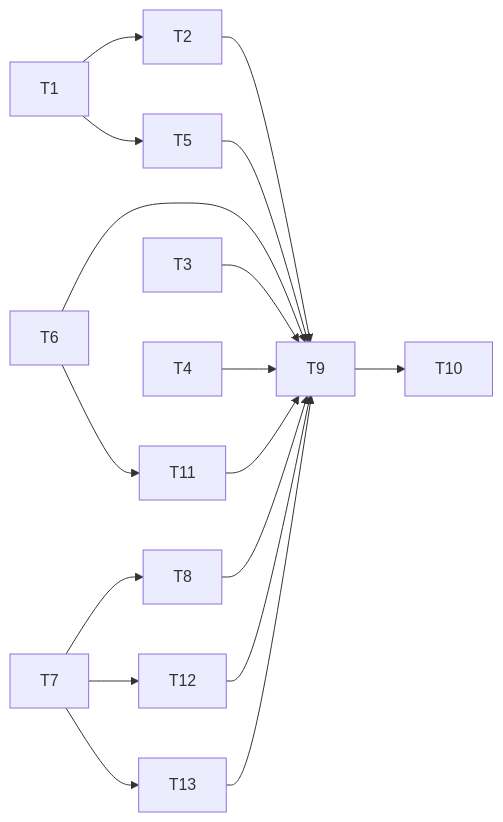
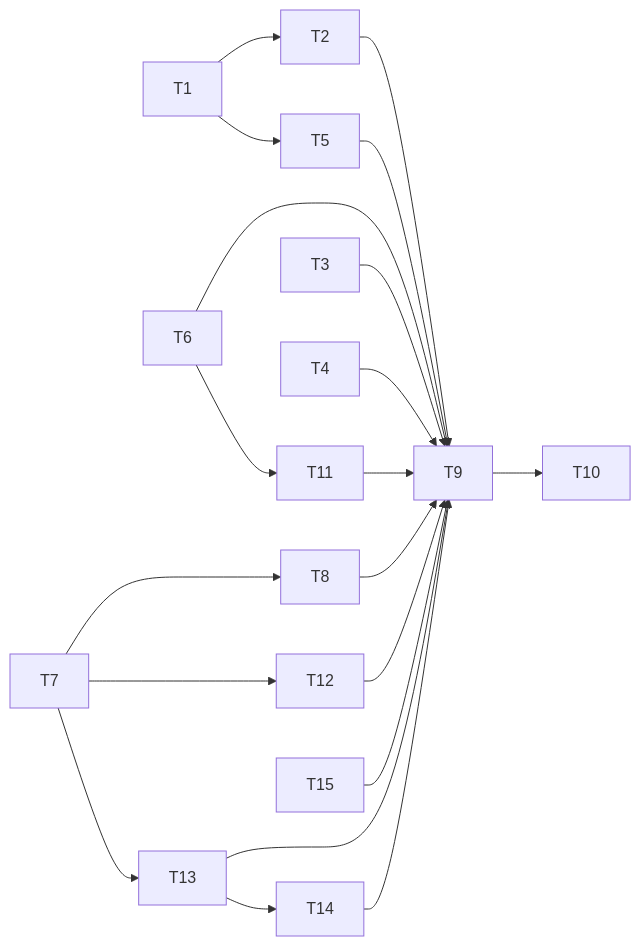
One commit to liaden/lain changed the diagram in planning/specs/rust-hot-paths.md. Above: the diagram before and after it, drawn with Mermaid. The commit also changed other lines of this file, not shown here.

````diff
--- a/planning/specs/rust-hot-paths.md
+++ b/planning/specs/rust-hot-paths.md
@@ -161,12 +161,14 @@
 ```mermaid
 flowchart LR
   T1 --> T2
   T1 --> T5
   T7 --> T8
   T2 & T3 & T4 & T5 & T6 & T8 --> T9
   T9 --> T10
   T6 --> T11
   T7 --> T12
   T7 --> T13
   T11 & T12 & T13 --> T9
+  T13 --> T14
+  T14 & T15 --> T9
 ```
````
